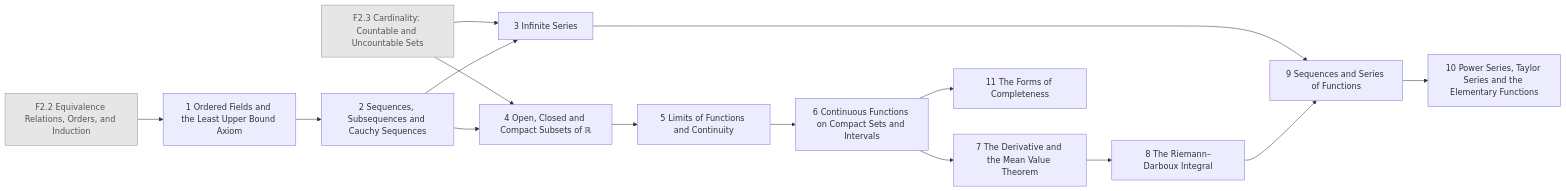
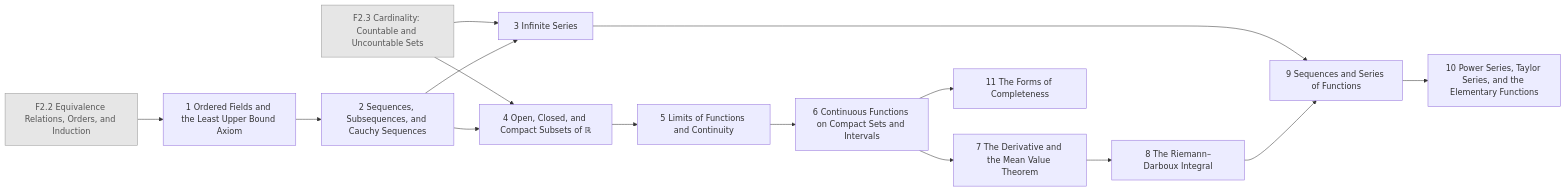
Before and after one commit to AkizumiFox/math-atlas: the fourth of 26 diagrams in generated/README.md, drawn with Mermaid. The commit also changed other lines of this file and 24 other files, not shown here.

````diff
--- a/generated/README.md
+++ b/generated/README.md
@@ -108,33 +108,33 @@
 ```mermaid
 flowchart LR
   F2_2["F2.2 Equivalence Relations, Orders, and Induction"]:::ext
   F2_3["F2.3 Cardinality: Countable and Uncountable Sets"]:::ext
   AN1_1["1 Ordered Fields and the Least Upper Bound Axiom"]
-  AN1_2["2 Sequences, Subsequences and Cauchy Sequences"]
+  AN1_2["2 Sequences, Subsequences, and Cauchy Sequences"]
   AN1_3["3 Infinite Series"]
-  AN1_4["4 Open, Closed and Compact Subsets of ℝ"]
+  AN1_4["4 Open, Closed, and Compact Subsets of ℝ"]
   AN1_5["5 Limits of Functions and Continuity"]
   AN1_6["6 Continuous Functions on Compact Sets and Intervals"]
   AN1_7["7 The Derivative and the Mean Value Theorem"]
   AN1_8["8 The Riemann–Darboux Integral"]
   AN1_9["9 Sequences and Series of Functions"]
-  AN1_10["10 Power Series, Taylor Series and the Elementary Functions"]
+  AN1_10["10 Power Series, Taylor Series, and the Elementary Functions"]
   AN1_11["11 The Forms of Completeness"]
   F2_2 --> AN1_1
   AN1_1 --> AN1_2
   F2_3 --> AN1_3
   AN1_2 --> AN1_3
   F2_3 --> AN1_4
   AN1_2 --> AN1_4
   AN1_4 --> AN1_5
   AN1_5 --> AN1_6
   AN1_6 --> AN1_7
   AN1_7 --> AN1_8
   AN1_3 --> AN1_9
   AN1_8 --> AN1_9
   AN1_9 --> AN1_10
   AN1_6 --> AN1_11
   classDef ext fill:#e6e6e6,stroke:#999,color:#555
   classDef opt fill:#fff,stroke:#999,stroke-dasharray:4 3,color:#555
   classDef segb fill:#f6f6fb,stroke:#99a,color:#333
 ```
````
